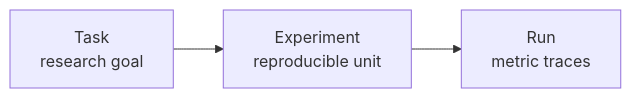
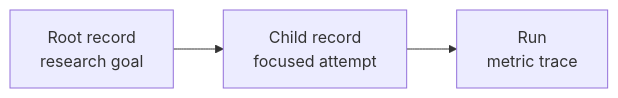
The diagram in docs/index.md (SwissDataScienceCenter/hiraku), drawn with Mermaid before and after one commit. The commit also changed other lines of this file and 71 other files, not shown here.

````diff
--- a/docs/index.md
+++ b/docs/index.md
@@ -51,4 +51,4 @@
 ```mermaid
 flowchart LR
-    T[Task<br/>research goal] --> E[Experiment<br/>reproducible unit] --> R[Run<br/>metric traces]
+    T[Root record<br/>research goal] --> E[Child record<br/>focused attempt] --> R[Run<br/>metric trace]
 ```
````
